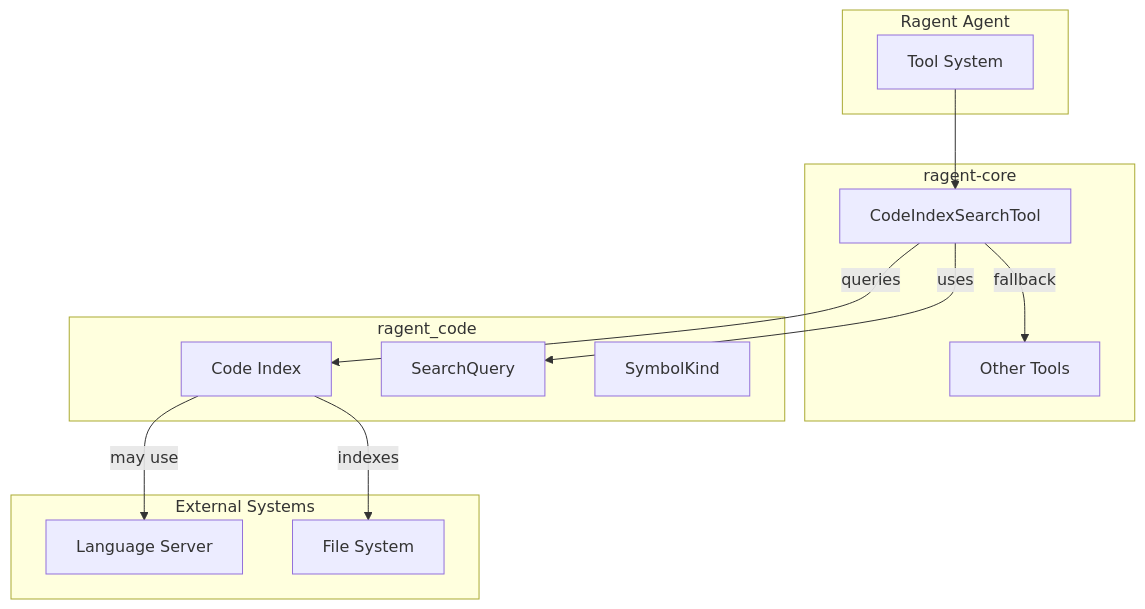
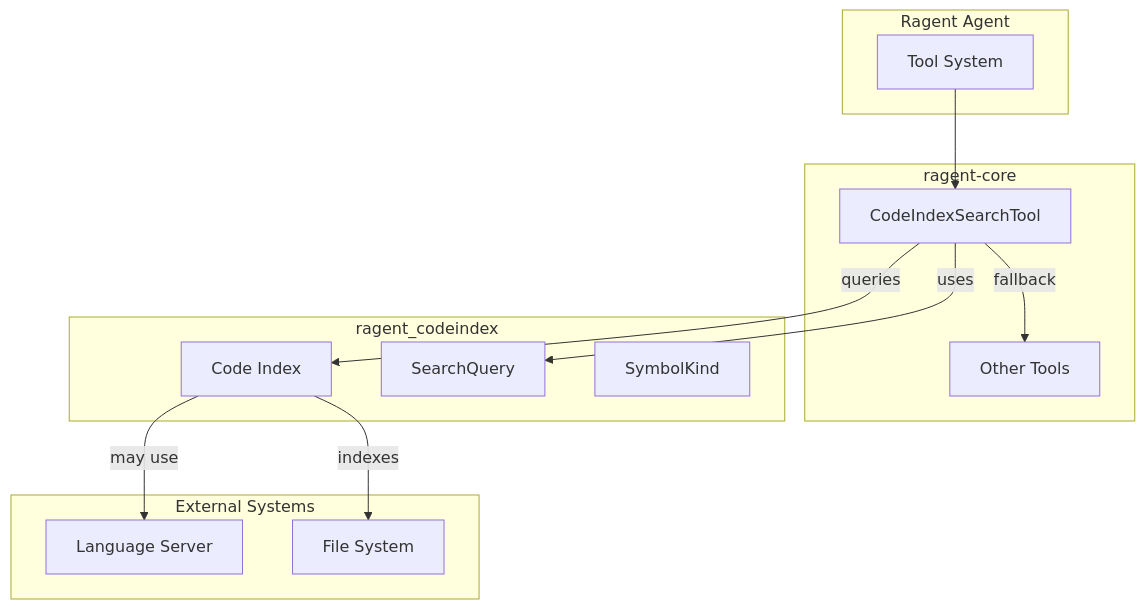
One commit to thawkins/ragent changed the diagram in aiwiki/wiki/entities/ragent-project.md. Above: the diagram before and after it, drawn with Mermaid. The commit also changed other lines of this file and 682 other files, not shown here.

````diff
--- a/aiwiki/wiki/entities/ragent-project.md
+++ b/aiwiki/wiki/entities/ragent-project.md
@@ -22,25 +22,25 @@
 ```mermaid
 flowchart TD
     subgraph Agent["Ragent Agent"]
         TS[Tool System]
     end
     subgraph Core["ragent-core"]
         CIS[CodeIndexSearchTool]
         GT[Other Tools]
     end
-    subgraph Code["ragent_code"]
+    subgraph Code["ragent_codeindex"]
         IDX[Code Index]
         SQ[SearchQuery]
         SK[SymbolKind]
     end
     subgraph External["External Systems"]
         LSP[Language Server]
         FS[File System]
     end
     TS --> CIS
     CIS -->|uses| SQ
     CIS -->|queries| IDX
     IDX -->|indexes| FS
     IDX -->|may use| LSP
     CIS -->|fallback| GT
 ```
````
